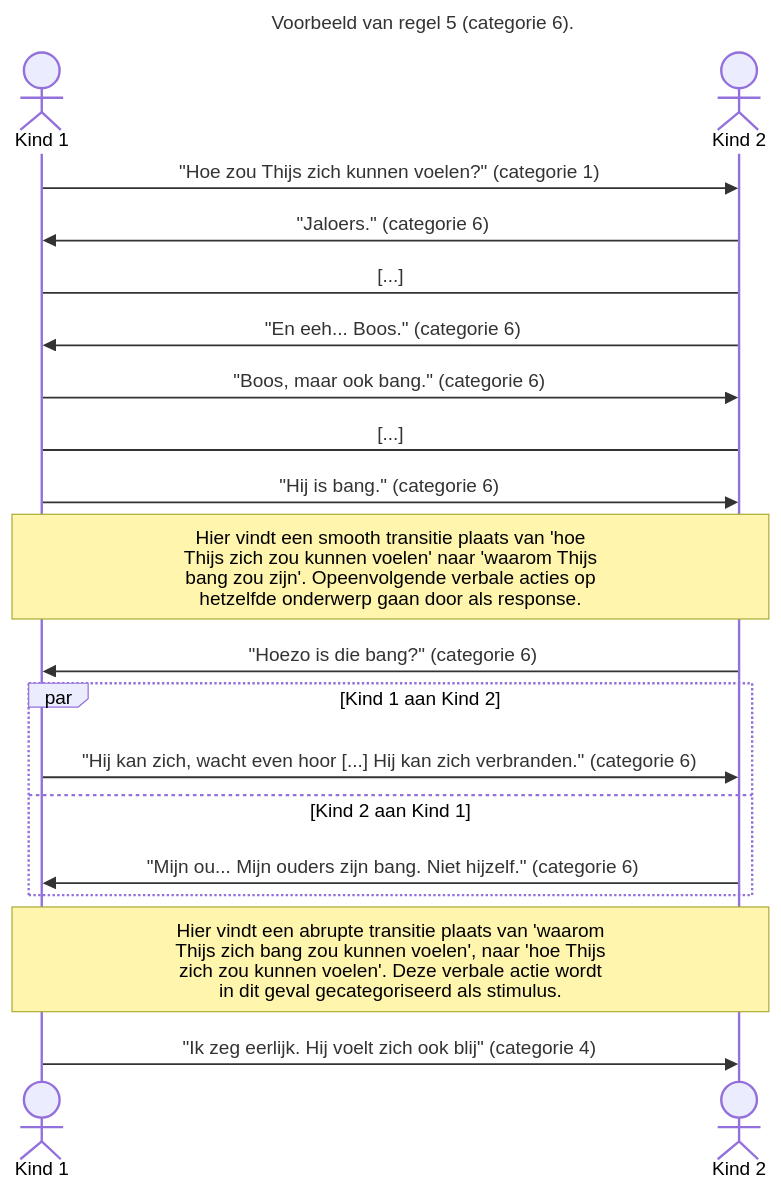
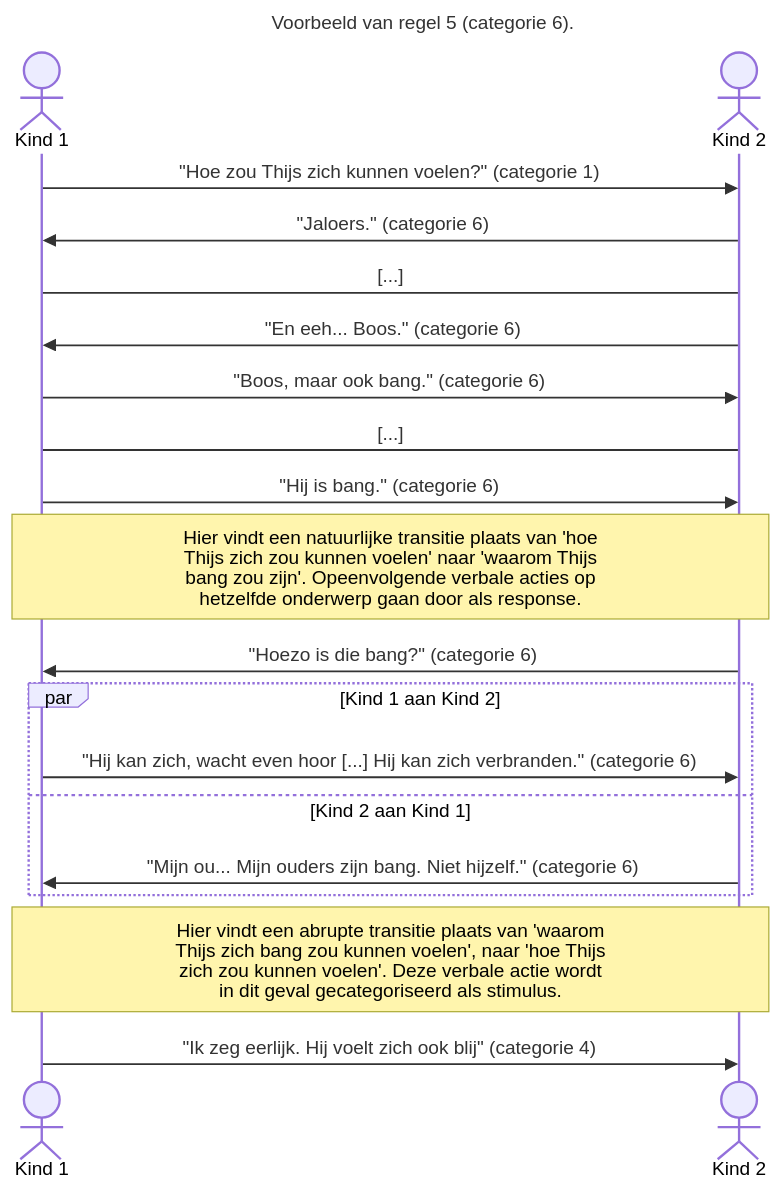
One commit to Dionysi/AnnotationTool-Release changed the ninth of 10 diagrams in Annotation-rules-refactor.md. Above: the diagram before and after it, drawn with Mermaid. The commit also changed other lines of this file, not shown here.

````diff
--- a/Annotation-rules-refactor.md
+++ b/Annotation-rules-refactor.md
@@ -187,22 +187,22 @@
     ```mermaid
     sequenceDiagram
         title Voorbeeld van regel 5 (categorie 6).
         actor Kind 1
         actor Kind 2
         Kind 1->>Kind 2: "Hoe zou Thijs zich kunnen voelen?" (categorie 1)
         Kind 2->>Kind 1: "Jaloers." (categorie 6)
         Kind 1->Kind 2: [...]
         Kind 2->>Kind 1: "En eeh... Boos." (categorie 6)
         Kind 1->>Kind 2: "Boos, maar ook bang." (categorie 6)
         Kind 1->Kind 2: [...]
         Kind 1->>Kind 2: "Hij is bang." (categorie 6)
-        Note over Kind 1, Kind 2: Hier vindt een smooth transitie plaats van 'hoe<br/>Thijs zich zou kunnen voelen' naar 'waarom Thijs<br/>bang zou zijn'. Opeenvolgende verbale acties op<br/>hetzelfde onderwerp gaan door als response.
+        Note over Kind 1, Kind 2: Hier vindt een natuurlijke transitie plaats van 'hoe<br/>Thijs zich zou kunnen voelen' naar 'waarom Thijs<br/>bang zou zijn'. Opeenvolgende verbale acties op<br/>hetzelfde onderwerp gaan door als response.
         Kind 2->>Kind 1: "Hoezo is die bang?" (categorie 6)
         par Kind 1 aan Kind 2
             Kind 1->>Kind 2: "Hij kan zich, wacht even hoor [...] Hij kan zich verbranden." (categorie 6)
         and Kind 2 aan Kind 1
             Kind 2->>Kind 1: "Mijn ou... Mijn ouders zijn bang. Niet hijzelf." (categorie 6)
         end
         Note over Kind 1, Kind 2: Hier vindt een abrupte transitie plaats van 'waarom<br/>Thijs zich bang zou kunnen voelen', naar 'hoe Thijs<br/>zich zou kunnen voelen'. Deze verbale actie wordt<br/>in dit geval gecategoriseerd als stimulus.
         Kind 1->>Kind 2: "Ik zeg eerlijk. Hij voelt zich ook blij" (categorie 4) 
     ```
````
